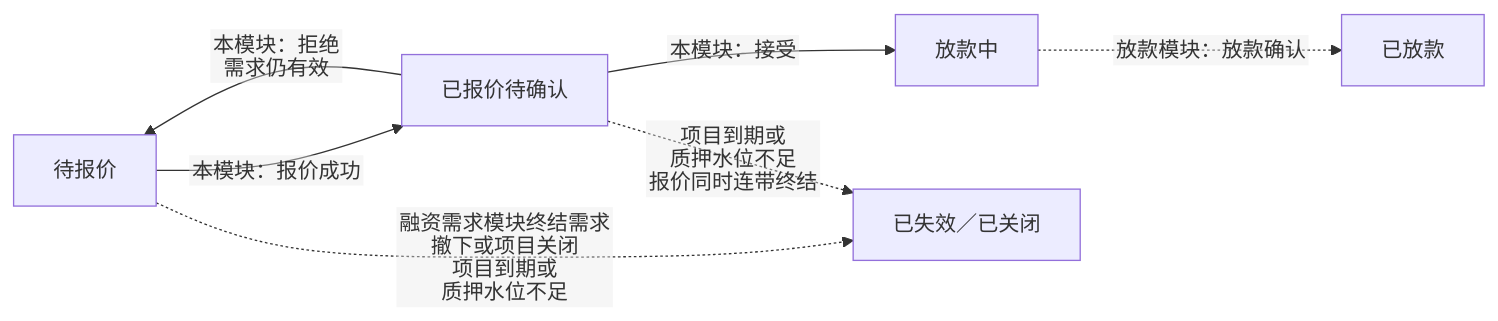
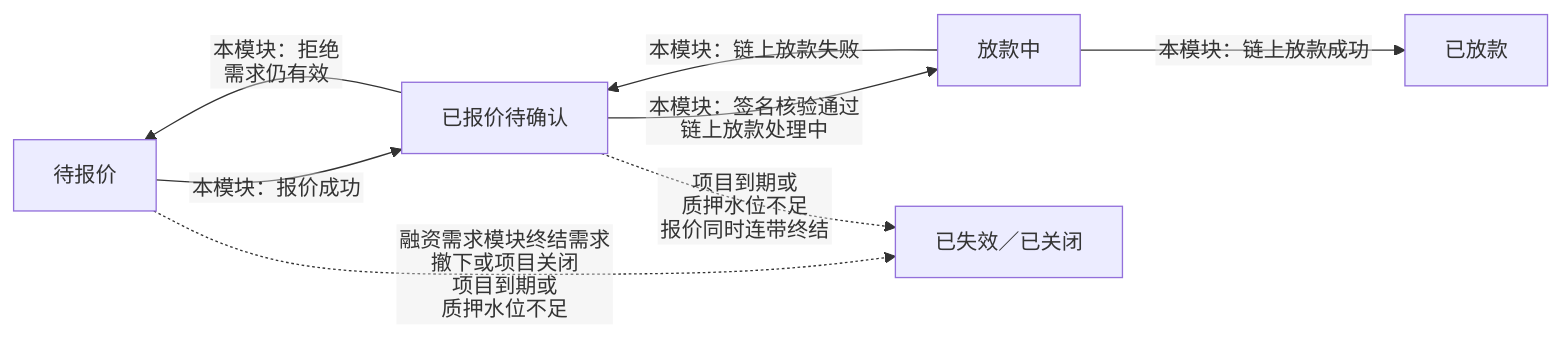
Before and after one commit to wxblockchain/Chain-Financing: the ninth of 10 diagrams in lending-platform/PRD/面客端/06-借贷广场-授信报价与接受拒绝/02-授信报价与接受拒绝-流程图与状态机.md, drawn with Mermaid. The commit also changed other lines of this file and 5 other files, not shown here.

````diff
--- a/lending-platform/PRD/面客端/06-借贷广场-授信报价与接受拒绝/02-授信报价与接受拒绝-流程图与状态机.md
+++ b/lending-platform/PRD/面客端/06-借贷广场-授信报价与接受拒绝/02-授信报价与接受拒绝-流程图与状态机.md
@@ -191,10 +250,11 @@
 ```mermaid
 %%{init: {"flowchart": {"htmlLabels": false}}}%%
 flowchart LR
   A["待报价"] -->|"本模块：报价成功"| B["已报价待确认"]
-  B -->|"本模块：接受"| C["放款中"]
+  B -->|"本模块：签名核验通过<br/>链上放款处理中"| C["放款中"]
+  C -->|"本模块：链上放款失败"| B
   B -->|"本模块：拒绝<br/>需求仍有效"| A
   A -. "融资需求模块终结需求<br/>撤下或项目关闭<br/>项目到期或<br/>质押水位不足" .-> E["已失效／已关闭"]
   B -. "项目到期或<br/>质押水位不足<br/>报价同时连带终结" .-> E
-  C -. "放款模块：放款确认" .-> D["已放款"]
+  C -->|"本模块：链上放款成功"| D["已放款"]
 ```
````
